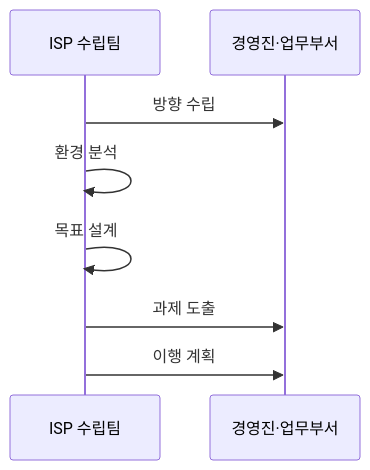
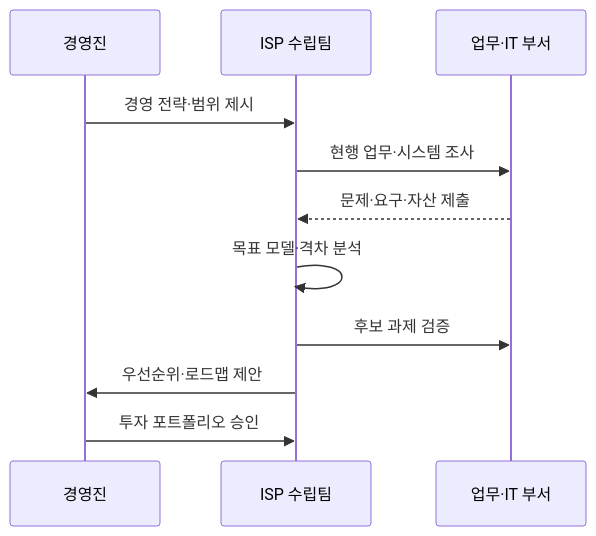
The second of 2 diagrams in src/content/docs/notes/03-software/188_isp.md (agnusdei1207/knowledge-base), drawn with Mermaid before and after one commit. The commit also changed other lines of this file and 7 other files, not shown here.

````diff
--- a/src/content/docs/notes/03-software/188_isp.md
+++ b/src/content/docs/notes/03-software/188_isp.md
@@ -68,10 +76,13 @@
 ```mermaid
 sequenceDiagram
+    participant E as 경영진
     participant T as ISP 수립팀
-    participant O as 경영진·업무부서
-    T->>O: 방향 수립
-    T->>T: 환경 분석
-    T->>T: 목표 설계
-    T->>O: 과제 도출
-    T->>O: 이행 계획
+    participant B as 업무·IT 부서
+    E->>T: 경영 전략·범위 제시
+    T->>B: 현행 업무·시스템 조사
+    B-->>T: 문제·요구·자산 제출
+    T->>T: 목표 모델·격차 분석
+    T->>B: 후보 과제 검증
+    T->>E: 우선순위·로드맵 제안
+    E->>T: 투자 포트폴리오 승인
 ```
````
